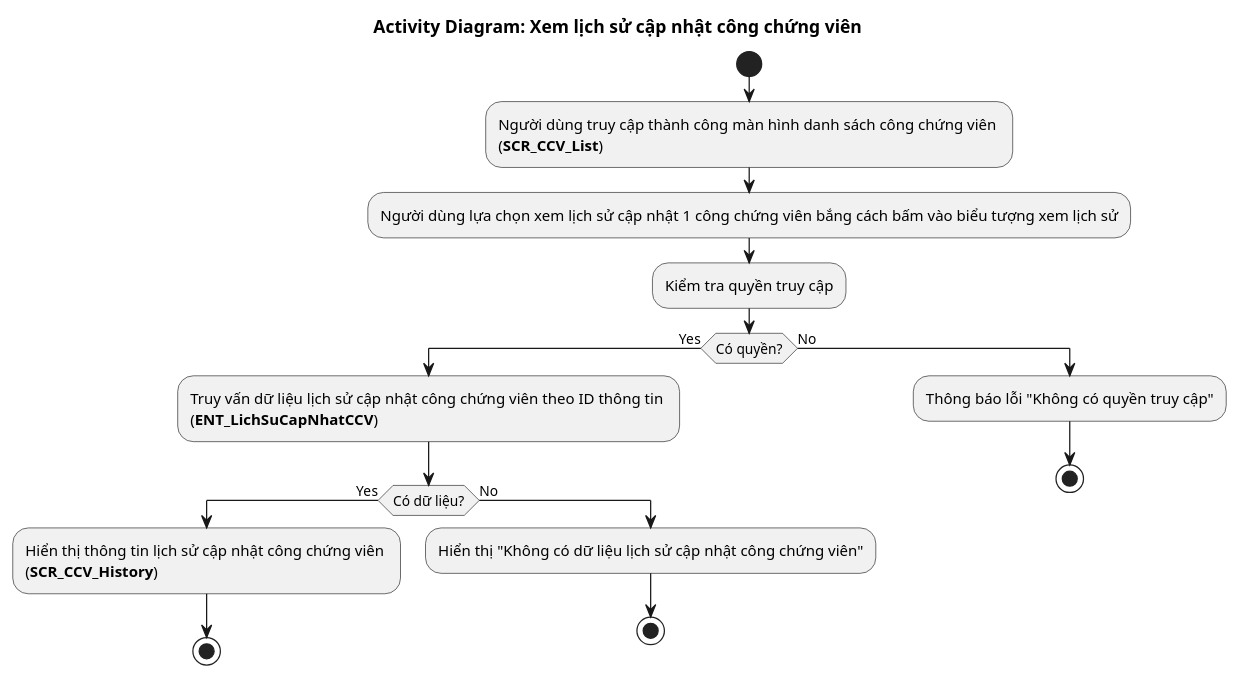
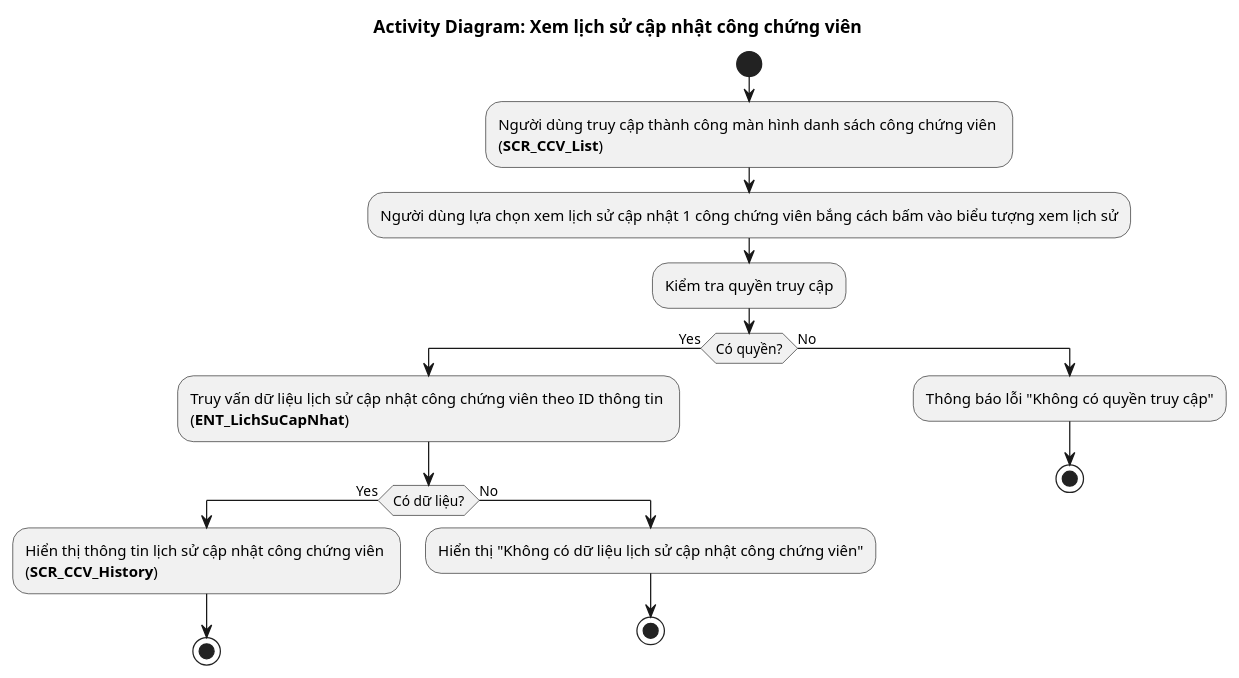
Before and after one commit to phuongpm23/nds-docs-test: the diagram in Quản lý công chứng viên/4.usecases/CongChungVien/LichSu/AD_CCV_History.puml, drawn with PlantUML. The commit also changed 26 other files, not shown here.

Commit message:
Update ERD

```diff
--- a/Quản lý công chứng viên/4.usecases/CongChungVien/LichSu/AD_CCV_History.puml
+++ b/Quản lý công chứng viên/4.usecases/CongChungVien/LichSu/AD_CCV_History.puml
@@ -1,22 +1,22 @@
 @startuml AD_ChungChi_Detail
 !pragma layout smetana
 title Activity Diagram: Xem lịch sử cập nhật công chứng viên
 
 start
 :Người dùng truy cập thành công màn hình danh sách công chứng viên \n(**SCR_CCV_List**);
 :Người dùng lựa chọn xem lịch sử cập nhật 1 công chứng viên bắng cách bấm vào biểu tượng xem lịch sử;
 :Kiểm tra quyền truy cập;
 if (Có quyền?) then (Yes)
-  :Truy vấn dữ liệu lịch sử cập nhật công chứng viên theo ID thông tin \n(**ENT_LichSuCapNhatCCV**);
+  :Truy vấn dữ liệu lịch sử cập nhật công chứng viên theo ID thông tin \n(**ENT_LichSuCapNhat**);
   if (Có dữ liệu?) then (Yes)
     :Hiển thị thông tin lịch sử cập nhật công chứng viên \n(**SCR_CCV_History**);
     stop
   else (No)
     :Hiển thị "Không có dữ liệu lịch sử cập nhật công chứng viên";
     stop
   endif
 else (No)
   :Thông báo lỗi "Không có quyền truy cập";
   stop
 endif
 @enduml
```
